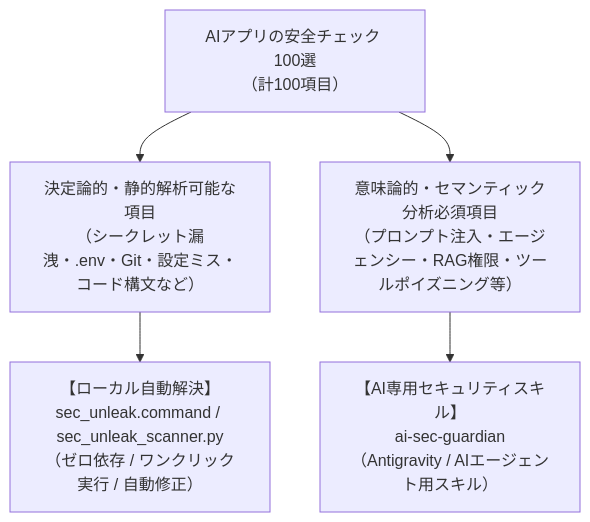
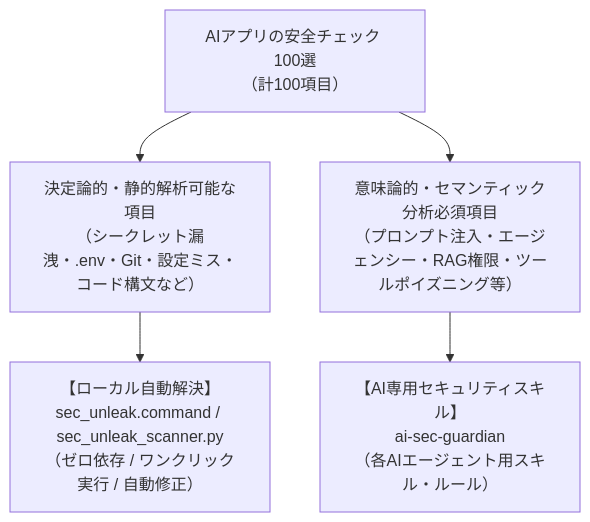
One commit to HR0101/sec-unleak changed the diagram in README.md. Above: the diagram before and after it, drawn with Mermaid. The commit also changed other lines of this file and 5 other files, not shown here.

````diff
--- a/README.md
+++ b/README.md
@@ -20,8 +20,8 @@
 ```mermaid
 graph TD
     A["AIアプリの安全チェック 100選<br/>（計100項目）"] --> B["決定論的・静的解析可能な項目<br/>（シークレット漏洩・.env・Git・設定ミス・コード構文など）"]
     A --> C["意味論的・セマンティック分析必須項目<br/>（プロンプト注入・エージェンシー・RAG権限・ツールポイズニング等）"]
     
     B --> D["【ローカル自動解決】<br/>sec_unleak.command / sec_unleak_scanner.py<br/>（ゼロ依存 / ワンクリック実行 / 自動修正）"]
-    C --> E["【AI専用セキュリティスキル】<br/>ai-sec-guardian<br/>（Antigravity / AIエージェント用スキル）"]
+    C --> E["【AI専用セキュリティスキル】<br/>ai-sec-guardian<br/>（各AIエージェント用スキル・ルール）"]
 ```
````
